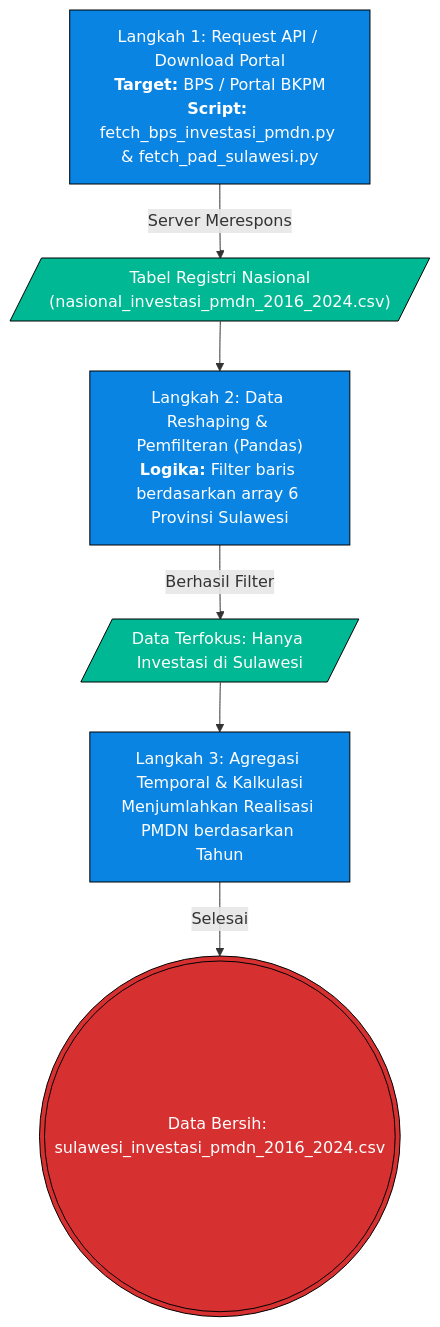
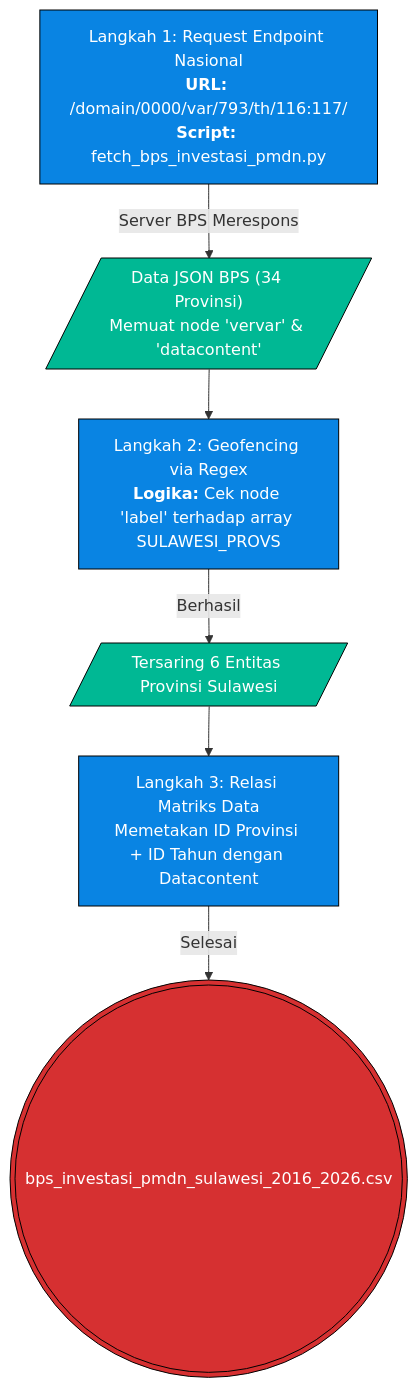
One commit to HenryAi-SIBERMU/ECC changed the diagram in tools/report_metodologi/bab_1/1.4_Metodologi_Endtoend_Investasi_PMDN.md. Above: the diagram before and after it, drawn with Mermaid. The commit also changed other lines of this file, not shown here.

Commit message:
Auto-commit: Merombak total Pilar 2 Sub-bab 1.4 menyertakan URL API, JSON response, dan Regex BPS

````diff
--- a/tools/report_metodologi/bab_1/1.4_Metodologi_Endtoend_Investasi_PMDN.md
+++ b/tools/report_metodologi/bab_1/1.4_Metodologi_Endtoend_Investasi_PMDN.md
@@ -17,21 +17,21 @@
 ```mermaid
 graph TD
     %% TAHAP 1
-    Step1["Langkah 1: Request API / Download Portal<br/><b>Target:</b> BPS / Portal BKPM<br/><b>Script:</b> fetch_bps_investasi_pmdn.py & fetch_pad_sulawesi.py"] -->|Server Merespons| Res1[/"Tabel Registri Nasional<br/>(nasional_investasi_pmdn_2016_2024.csv)"/]
+    Step1["Langkah 1: Request Endpoint Nasional<br/><b>URL:</b> /domain/0000/var/793/th/116:117/<br/><b>Script:</b> fetch_bps_investasi_pmdn.py"] -->|Server BPS Merespons| Res1[/"Data JSON BPS (34 Provinsi)<br/>Memuat node 'vervar' & 'datacontent'"/]
     
     %% TAHAP 2
-    Res1 --> Step2["Langkah 2: Data Reshaping & Pemfilteran (Pandas)<br/><b>Logika:</b> Filter baris berdasarkan array 6 Provinsi Sulawesi"]
-    Step2 -->|Berhasil Filter| Res2[/"Data Terfokus: Hanya Investasi di Sulawesi"/]
+    Res1 --> Step2["Langkah 2: Geofencing via Regex<br/><b>Logika:</b> Cek node 'label' terhadap array SULAWESI_PROVS"]
+    Step2 -->|Berhasil| Res2[/"Tersaring 6 Entitas Provinsi Sulawesi"/]
     
     %% TAHAP 3
-    Res2 --> Step3["Langkah 3: Agregasi Temporal & Kalkulasi<br/>Menjumlahkan Realisasi PMDN berdasarkan Tahun"]
-    Step3 -->|Selesai| Res3((("Data Bersih: sulawesi_investasi_pmdn_2016_2024.csv")))
+    Res2 --> Step3["Langkah 3: Relasi Matriks Data<br/>Memetakan ID Provinsi + ID Tahun dengan Datacontent"]
+    Step3 -->|Selesai| Res3((("bps_investasi_pmdn_sulawesi_2016_2026.csv")))
 
     classDef aksi fill:#0984e3,color:#fff,stroke:#000
     classDef hasil fill:#00b894,color:#fff,stroke:#000
     classDef final fill:#d63031,color:#fff,stroke:#000
     
     class Step1,Step2,Step3 aksi
     class Res1,Res2 hasil
     class Res3 final
 ```
````
